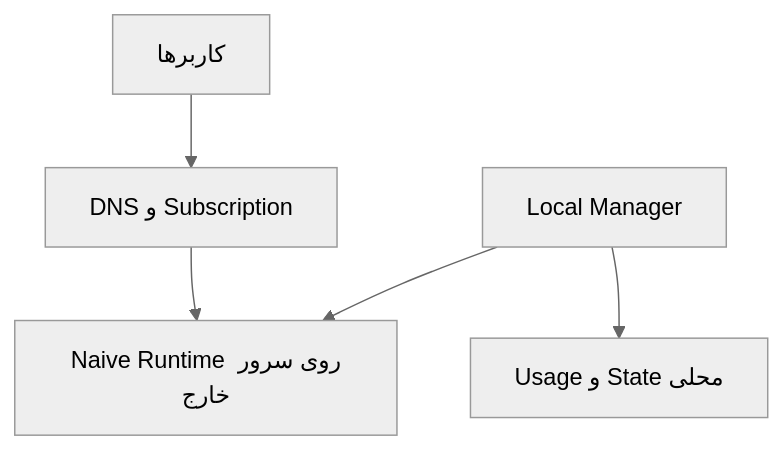
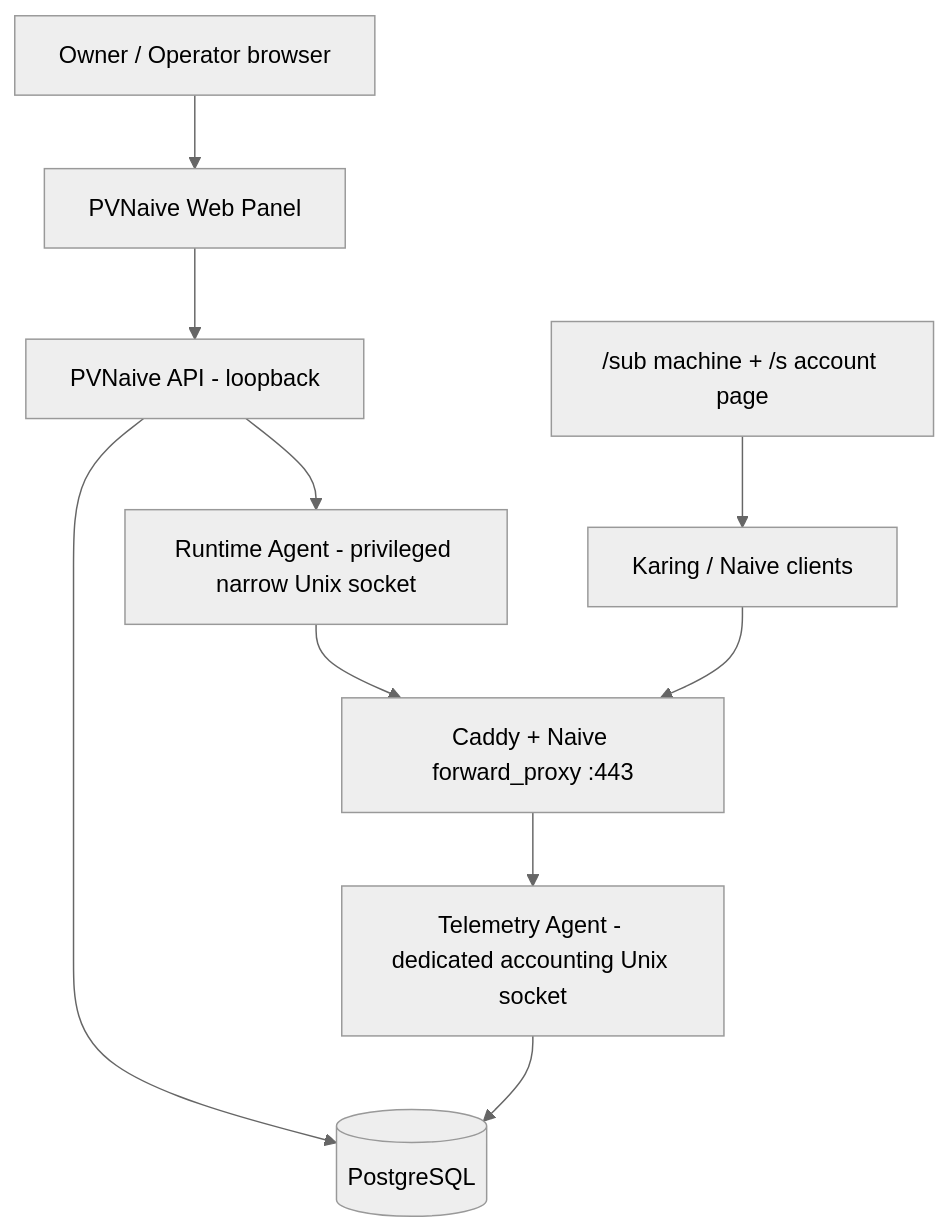
One commit to DashSaman/PV-NativePanel changed the diagram in docs/ARCHITECTURE_FA.md. Above: the diagram before and after it, drawn with Mermaid (neutral theme). The commit also changed other lines of this file, not shown here.

Commit message:
docs: reconcile architecture with integrated runtime accounting

````diff
--- a/docs/ARCHITECTURE_FA.md
+++ b/docs/ARCHITECTURE_FA.md
@@ -5,7 +7,12 @@
 ```mermaid
 flowchart TB
-  U["کاربرها"] --> S["DNS و Subscription"]
-  S --> R["Naive Runtime روی سرور خارج"]
-  L["Local Manager"] --> R
-  L --> DB["Usage و State محلی"]
+  C["Karing / Naive clients"] --> N["Caddy + Naive forward_proxy :443"]
+  O["Owner / Operator browser"] --> W["PVNaive Web Panel"]
+  W --> A["PVNaive API - loopback"]
+  A --> P[("PostgreSQL")]
+  A --> R["Runtime Agent - privileged narrow Unix socket"]
+  R --> N
+  N --> T["Telemetry Agent - dedicated accounting Unix socket"]
+  T --> P
+  S["/sub machine + /s account page"] --> C
 ```
````
